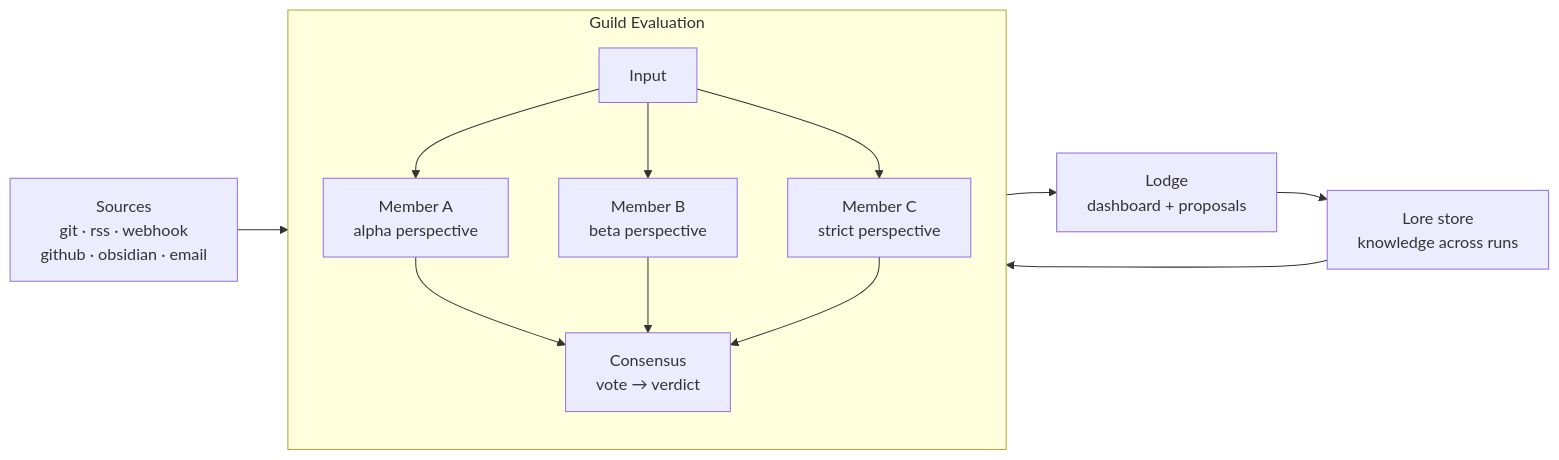
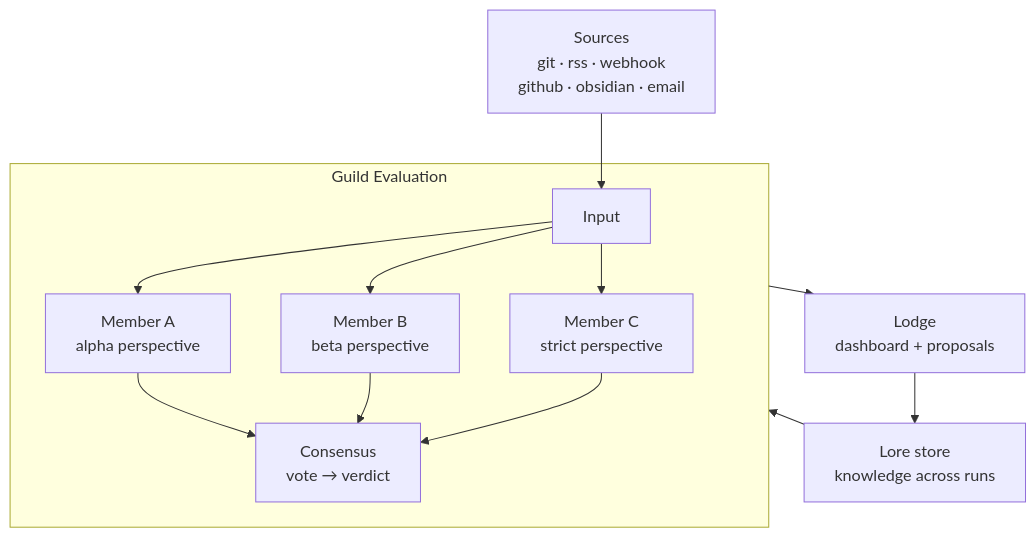
One commit to lessthanseventy/ex_cortex changed the first of 2 diagrams in README.md. Above: the diagram before and after it, drawn with Mermaid. The commit also changed other lines of this file, not shown here.

Commit message:
docs: switch README Mermaid diagrams to vertical (TD) layout

````diff
--- a/README.md
+++ b/README.md
@@ -63,16 +63,19 @@
 ```mermaid
-flowchart LR
-    Sources[Sources\ngit · rss · webhook\ngithub · obsidian · email] --> Eval
+flowchart TD
+    Sources["Sources
+    git · rss · webhook
+    github · obsidian · email"]
+
+    Sources --> Input
 
     subgraph Eval [Guild Evaluation]
-        direction TB
         Input --> RoleA[Member A\nalpha perspective]
         Input --> RoleB[Member B\nbeta perspective]
         Input --> RoleC[Member C\nstrict perspective]
         RoleA & RoleB & RoleC --> Consensus[Consensus\nvote → verdict]
     end
 
     Eval --> Lodge[Lodge\ndashboard + proposals]
     Lodge --> Lore[Lore store\nknowledge across runs]
     Lore --> Eval
 ```
````
